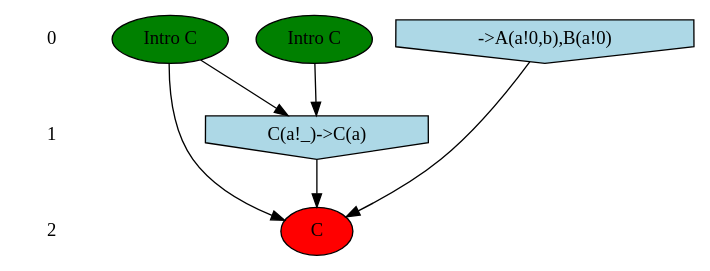
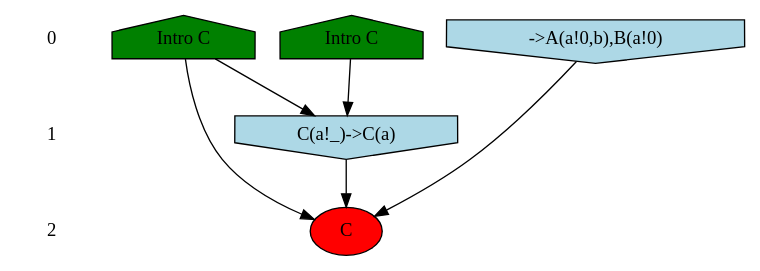
Before and after one commit to Kappa-Dev/KappaTools: the diagram in models/stories/side-effects1/expected-output/cflowWeaklyCompressed_0.dot, drawn with Graphviz. The commit also changed 46 other files, not shown here.

```diff
--- a/models/stories/side-effects1/expected-output/cflowWeaklyCompressed_0.dot
+++ b/models/stories/side-effects1/expected-output/cflowWeaklyCompressed_0.dot
@@ -1,23 +1,23 @@
 /* Compression of 11 causal flows obtained in average at 3.023129E-01 t.u */
 /* Compressed causal flows were: [11;10;9;8;7;6;5;4;3;2;1] */
 digraph G{
  ranksep=.5 ; 
-{ rank = same ; "0" [shape=plaintext] ; node_1 [label ="Intro C", style=filled,fillcolor=green] ;
-node_2 [label ="Intro C", style=filled,fillcolor=green] ;
+{ rank = same ; "0" [shape=plaintext] ; node_1 [label ="Intro C", shape=house, style=filled, fillcolor=green] ;
+node_2 [label ="Intro C", shape=house, style=filled, fillcolor=green] ;
 node_4 [label="->A(a!0,b),B(a!0)", shape=invhouse, style=filled, fillcolor = lightblue] ;
 }
 { rank = same ; "1" [shape=plaintext] ; node_3 [label="C(a!_)->C(a)", shape=invhouse, style=filled, fillcolor = lightblue] ;
 }
 { rank = same ; "2" [shape=plaintext] ; node_5 [label ="C", style=filled, fillcolor=red] ;
 }
 "0" -> "1" [style="invis"]; 
 "1" -> "2" [style="invis"]; 
 node_1 -> node_3
 node_2 -> node_3
 node_1 -> node_5
 node_3 -> node_5
 node_4 -> node_5
 }
 /*
  Dot generation time: 0.000000
 */
```
